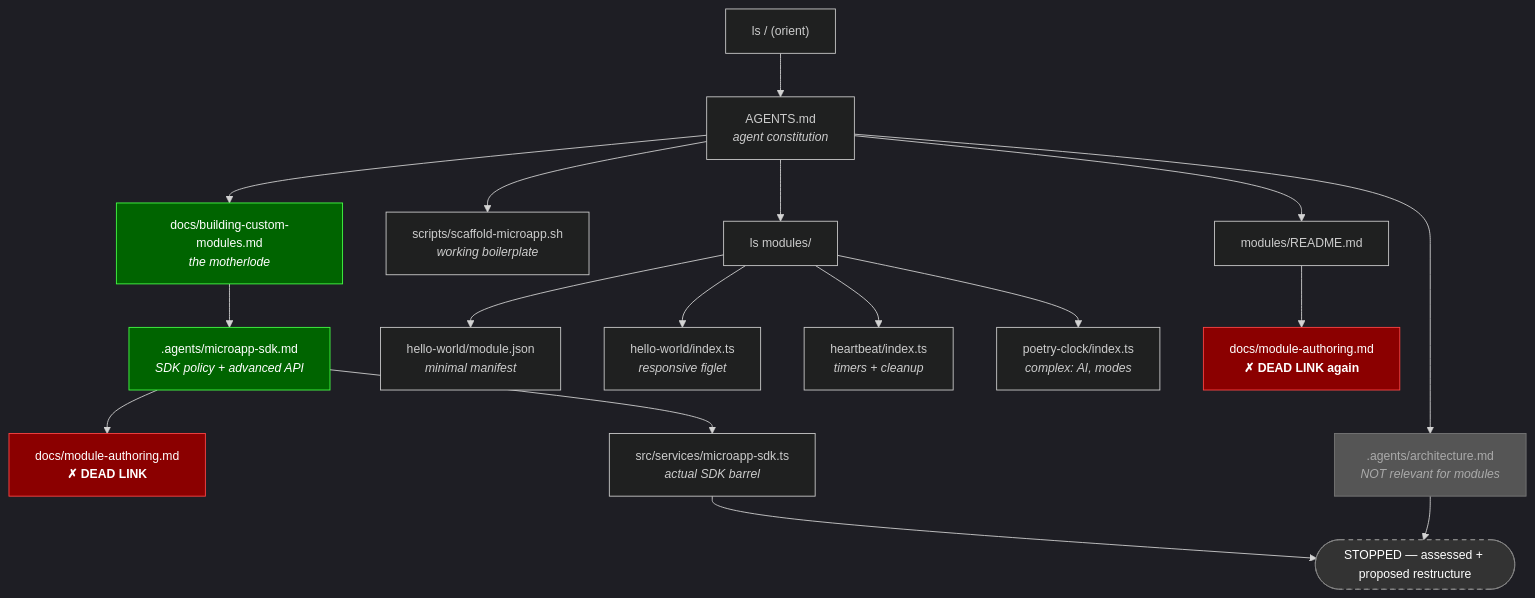
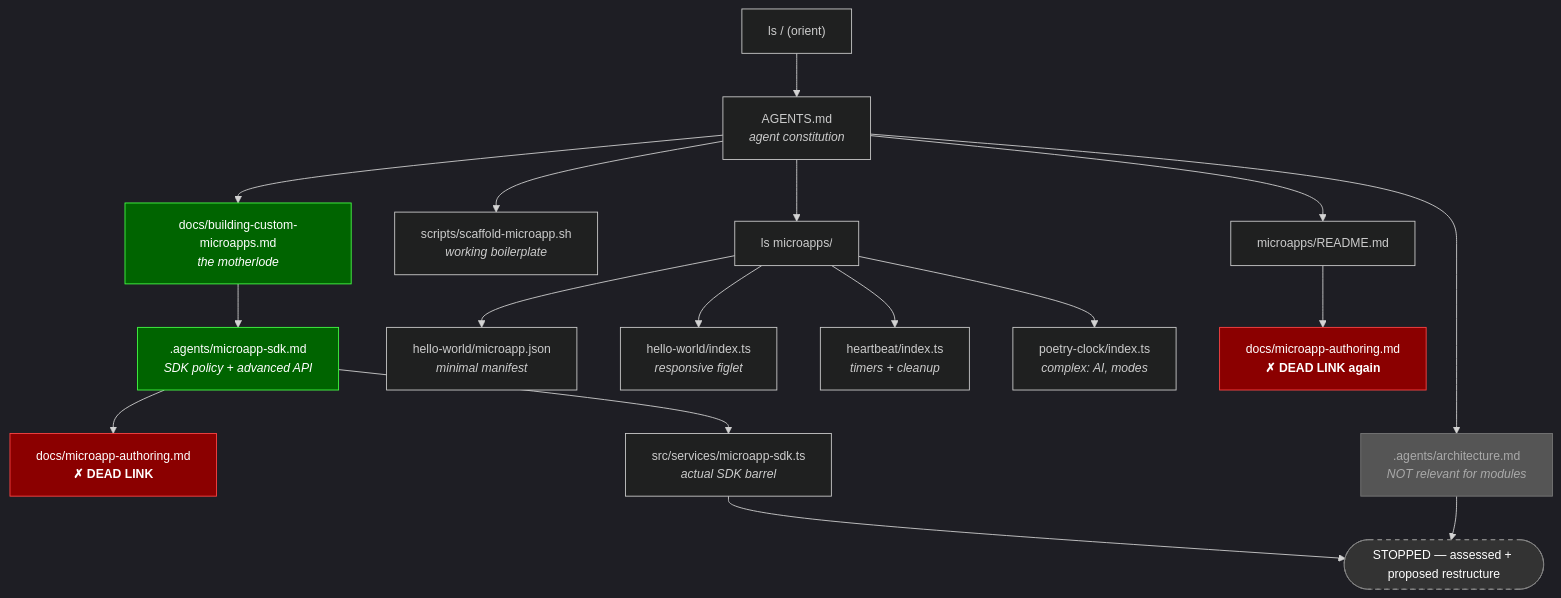
Before and after one commit to j-greig/wibandwob-dos: the diagram in .planning/chores/.done/agents-docs-signposting/diagrams/claude-exploration.mmd, drawn with Mermaid. The commit also changed 342 other files, not shown here.

Commit message:
refactor(microapp): rename runtime module surfaces

```diff
--- a/.planning/chores/.done/agents-docs-signposting/diagrams/claude-exploration.mmd
+++ b/.planning/chores/.done/agents-docs-signposting/diagrams/claude-exploration.mmd
@@ -1,42 +1,42 @@
 %%{init: {'theme': 'dark', 'themeVariables': {'fontSize': '14px'}}}%%
 graph TD
     ROOT["ls / (orient)"]
     AGENTS["AGENTS.md<br/><i>agent constitution</i>"]
-    BUILD["docs/building-custom-modules.md<br/><i>the motherlode</i>"]
+    BUILD["docs/building-custom-microapps.md<br/><i>the motherlode</i>"]
     SDK_DOC[".agents/microapp-sdk.md<br/><i>SDK policy + advanced API</i>"]
-    DEAD1["docs/module-authoring.md<br/><b>✗ DEAD LINK</b>"]
+    DEAD1["docs/microapp-authoring.md<br/><b>✗ DEAD LINK</b>"]
     SCAFFOLD["scripts/scaffold-microapp.sh<br/><i>working boilerplate</i>"]
     ARCH[".agents/architecture.md<br/><i>NOT relevant for modules</i>"]
-    MODULES_LS["ls modules/"]
-    HELLO_JSON["hello-world/module.json<br/><i>minimal manifest</i>"]
+    MODULES_LS["ls microapps/"]
+    HELLO_JSON["hello-world/microapp.json<br/><i>minimal manifest</i>"]
     HELLO_TS["hello-world/index.ts<br/><i>responsive figlet</i>"]
     HEART["heartbeat/index.ts<br/><i>timers + cleanup</i>"]
     POETRY["poetry-clock/index.ts<br/><i>complex: AI, modes</i>"]
-    README["modules/README.md"]
-    DEAD2["docs/module-authoring.md<br/><b>✗ DEAD LINK again</b>"]
+    README["microapps/README.md"]
+    DEAD2["docs/microapp-authoring.md<br/><b>✗ DEAD LINK again</b>"]
     SDK_SRC["src/services/microapp-sdk.ts<br/><i>actual SDK barrel</i>"]
     STOP(["STOPPED — assessed + proposed restructure"])
 
     ROOT --> AGENTS
     AGENTS --> BUILD
     AGENTS --> SCAFFOLD
     AGENTS --> ARCH
     AGENTS --> MODULES_LS
     BUILD --> SDK_DOC
     SDK_DOC --> DEAD1
     MODULES_LS --> HELLO_JSON
     MODULES_LS --> HELLO_TS
     MODULES_LS --> HEART
     MODULES_LS --> POETRY
     AGENTS --> README
     README --> DEAD2
     SDK_DOC --> SDK_SRC
     SDK_SRC --> STOP
     ARCH --> STOP
 
     style DEAD1 fill:#8b0000,color:#fff,stroke:#ff4444
     style DEAD2 fill:#8b0000,color:#fff,stroke:#ff4444
     style ARCH fill:#555,color:#aaa,stroke:#777
     style BUILD fill:#006400,color:#fff,stroke:#44ff44
     style SDK_DOC fill:#006400,color:#fff,stroke:#44ff44
     style STOP fill:#333,color:#fff,stroke:#888,stroke-dasharray: 5 5
```
